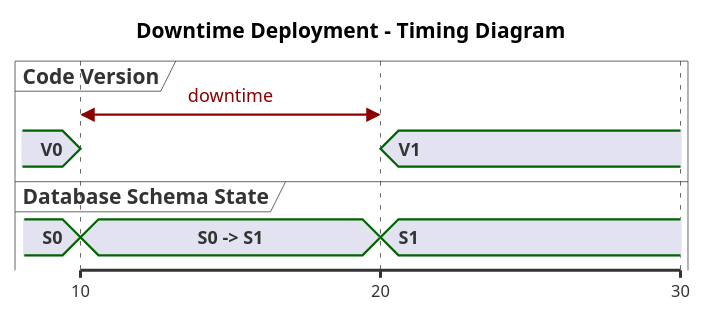
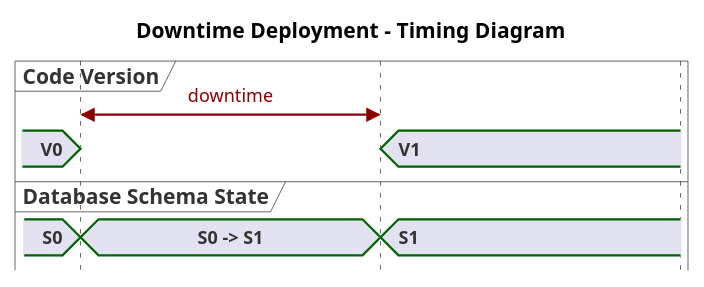
The diagram in src/_diagrams/downtime_migrations.plantuml (ylansegal/blog), drawn with PlantUML before and after one commit. The commit also changed 10 other files, not shown here.

Commit message:
Hide time-axis in diagrams

```diff
--- a/src/_diagrams/downtime_migrations.plantuml
+++ b/src/_diagrams/downtime_migrations.plantuml
@@ -1,21 +1,21 @@
 @startuml
 Title Downtime Deployment - Timing Diagram
-
+hide time-axis
 concise "Code Version" as code
 concise "Database Schema State" as state
 scale 10 as 200 pixels
 
 code is "V0"
 state is "S0"
 
 @code
 10 is {hidden}
 20 is "V1"
 code@10 <-> @20 : downtime
 
 @state
 
 10 is "S0 -> S1"
 20 is "S1"
 
 @enduml
```
